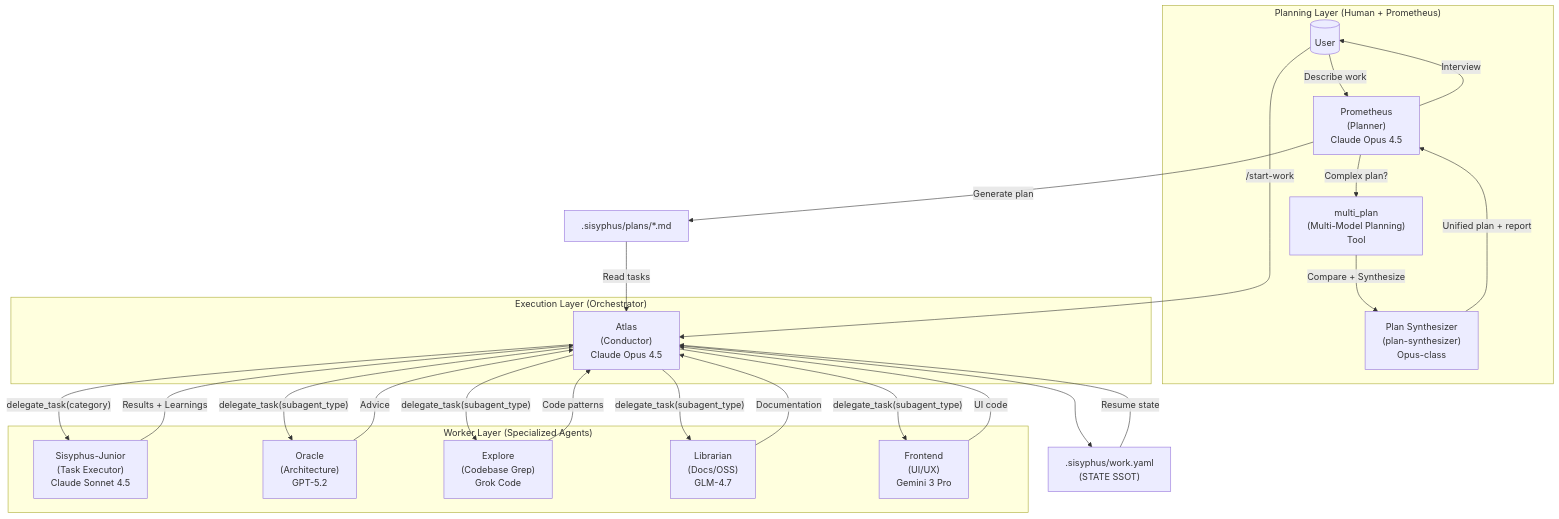
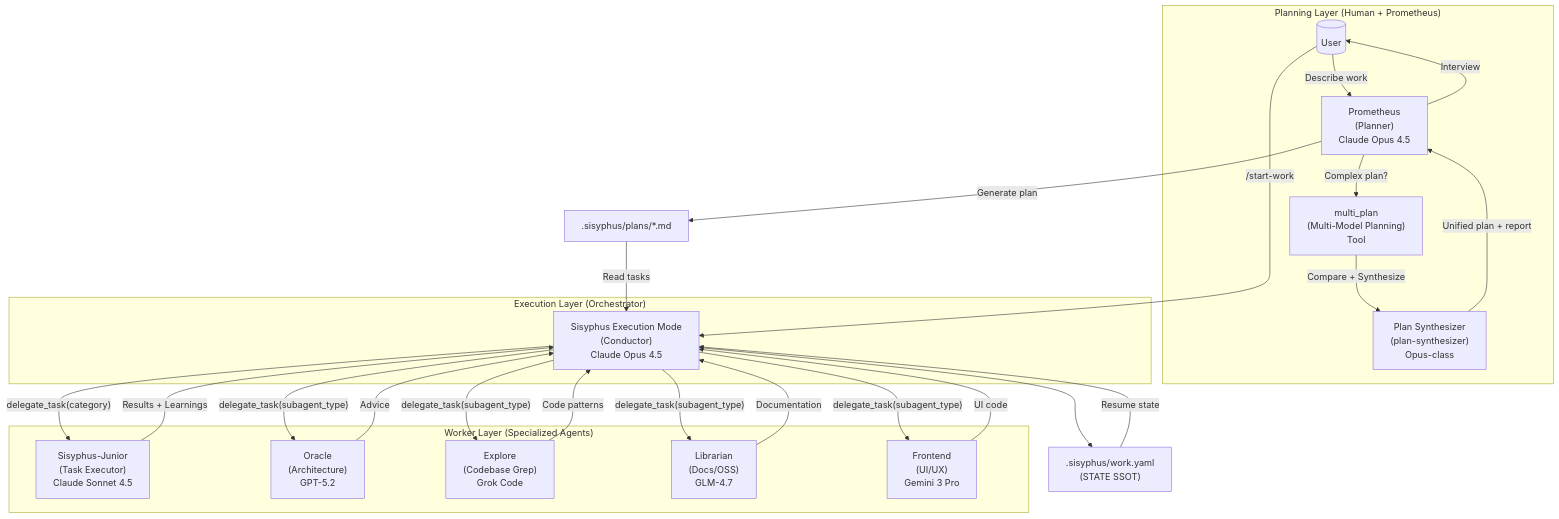
One commit to arcthur/oh-my-opencode changed the first of 4 diagrams in docs/guide/understanding-orchestration-system.md. Above: the diagram before and after it, drawn with Mermaid. The commit also changed other lines of this file and 100 other files, not shown here.

First line of the commit message:
refactor: remove Atlas agent and call_omo_agent, clarify orchestrator boundaries

````diff
--- a/docs/guide/understanding-orchestration-system.md
+++ b/docs/guide/understanding-orchestration-system.md
@@ -22,45 +22,45 @@
 ```mermaid
 flowchart TB
     subgraph Planning["Planning Layer (Human + Prometheus)"]
         User[("User")]
         Prometheus["Prometheus<br/>(Planner)<br/>Claude Opus 4.5"]
         MultiPlan["multi_plan<br/>(Multi-Model Planning)<br/>Tool"]
         Synth["Plan Synthesizer<br/>(plan-synthesizer)<br/>Opus-class"]
     end
     
     subgraph Execution["Execution Layer (Orchestrator)"]
-        Orchestrator["Atlas<br/>(Conductor)<br/>Claude Opus 4.5"]
+        Orchestrator["Sisyphus Execution Mode<br/>(Conductor)<br/>Claude Opus 4.5"]
     end
     
     subgraph Workers["Worker Layer (Specialized Agents)"]
         Junior["Sisyphus-Junior<br/>(Task Executor)<br/>Claude Sonnet 4.5"]
         Oracle["Oracle<br/>(Architecture)<br/>GPT-5.2"]
         Explore["Explore<br/>(Codebase Grep)<br/>Grok Code"]
         Librarian["Librarian<br/>(Docs/OSS)<br/>GLM-4.7"]
         Frontend["Frontend<br/>(UI/UX)<br/>Gemini 3 Pro"]
     end
     
     User -->|"Describe work"| Prometheus
     Prometheus -->|"Interview"| User
     Prometheus -->|"Generate plan"| Plan[".sisyphus/plans/*.md"]
     Prometheus -->|"Complex plan?"| MultiPlan
     MultiPlan -->|"Compare + Synthesize"| Synth
     Synth -->|"Unified plan + report"| Prometheus
     
     User -->|"/start-work"| Orchestrator
     Orchestrator --> WorkState[".sisyphus/work.yaml<br/>(STATE SSOT)"]
     Plan -->|"Read tasks"| Orchestrator
     WorkState -->|"Resume state"| Orchestrator
     
     Orchestrator -->|"delegate_task(category)"| Junior
     Orchestrator -->|"delegate_task(subagent_type)"| Oracle
     Orchestrator -->|"delegate_task(subagent_type)"| Explore
     Orchestrator -->|"delegate_task(subagent_type)"| Librarian
     Orchestrator -->|"delegate_task(subagent_type)"| Frontend
     
     Junior -->|"Results + Learnings"| Orchestrator
     Oracle -->|"Advice"| Orchestrator
     Explore -->|"Code patterns"| Orchestrator
     Librarian -->|"Documentation"| Orchestrator
     Frontend -->|"UI code"| Orchestrator
 ```
````
